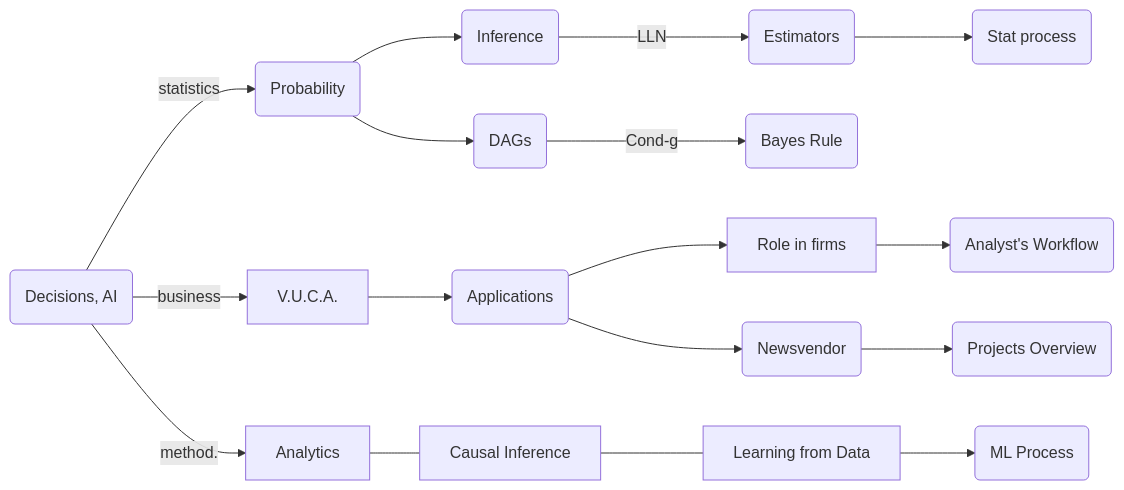
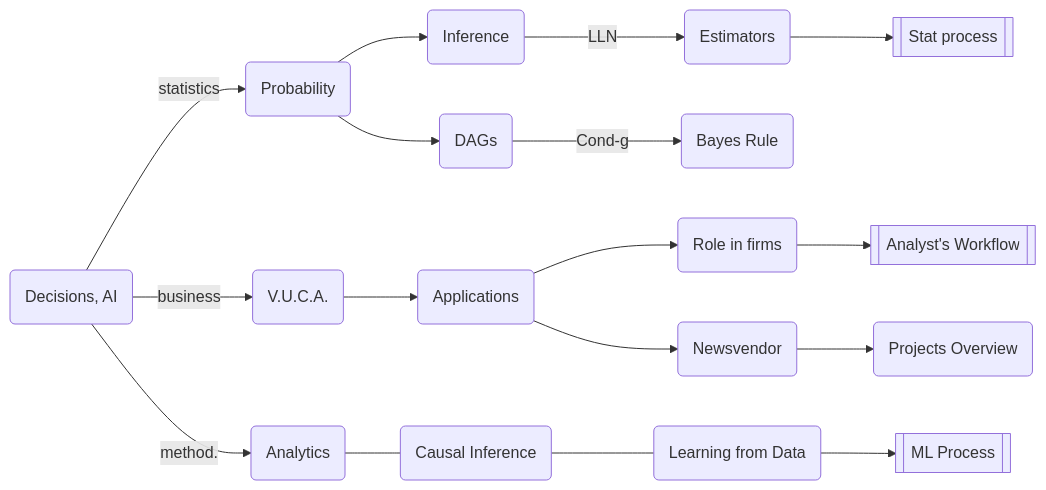
The first of 4 diagrams in course_book/roadmap.qmd (Bizovi/decision-making-website), drawn with Mermaid before and after one commit. The commit also changed other lines of this file, not shown here.

Commit message:
Clarify and justify the schedule for module I

````diff
--- a/course_book/roadmap.qmd
+++ b/course_book/roadmap.qmd
@@ -113,22 +117,22 @@
 ```{mermaid}
 %%| label: fig-mermaid
 %%| fig-width: 9
 %%| fig-cap: |
-%%|   A mindmap to help you navigate the first module. 
+%%|   A mindmap to help you navigate the first module, with 3 main branhes and programming sprinkled everywhere: business, statistics, and methodology.
 
 flowchart LR
-  Prob(Probability) --> Boot(Inference) -- LLN --> Es(Estimators)  --> PS(Stat process)
+  Prob(Probability) --> Boot(Inference) -- LLN --> Es(Estimators)  --> PS[[Stat process]]
   Prob -->  Cond(DAGs) -- Cond-g -->  Bayes(Bayes Rule)
 
   DSc(Decisions, AI) -- statistics  --> Prob(Probability)
-  DSc -- business  --> VUCA[V.U.C.A.] --> App(Applications) --> R[Role in firms] 
+  DSc -- business  --> VUCA(V.U.C.A.) --> App(Applications) --> R(Role in firms)
 
 
-  R --> BAW(Analyst's Workflow)
+  R --> BAW[[Analyst's Workflow]]
 
-  DSc -- method. --> A[Analytics] --- Caus[Causal Inference] --- ML[Learning from Data]
-  ML --> PML(ML Process)
+  DSc -- method. --> A(Analytics) --- Caus(Causal Inference) --- ML(Learning from Data)
+  ML --> PML[[ML Process]]
 
   App --> NV(Newsvendor) --> Proj(Projects Overview)
 
 ```
````
